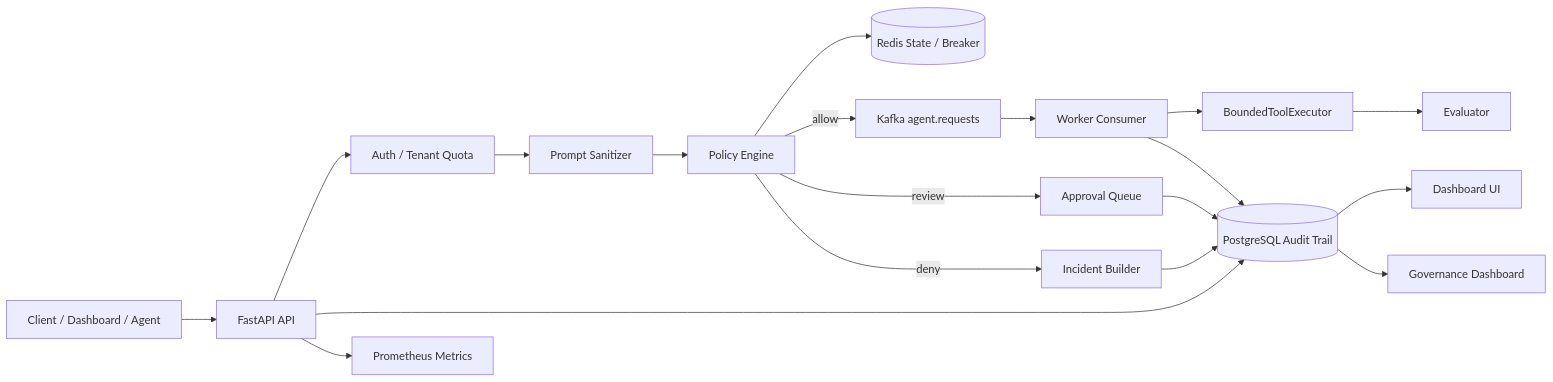
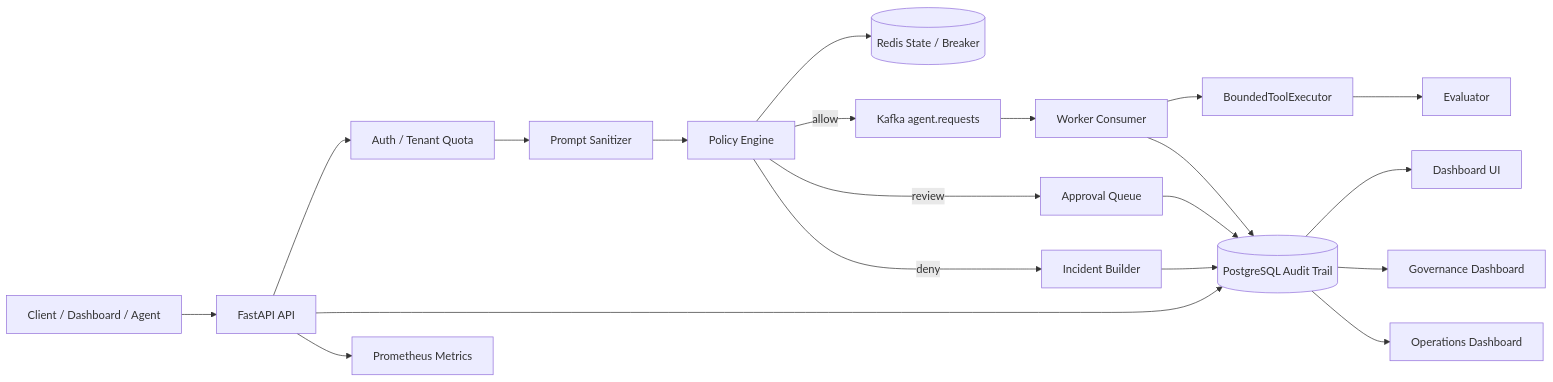
Before and after one commit to leo459028/RewardHacking: the first of 2 diagrams in docs/architecture.md, drawn with Mermaid. The commit also changed other lines of this file and 31 other files, not shown here.

````diff
--- a/docs/architecture.md
+++ b/docs/architecture.md
@@ -9,21 +9,22 @@
 ```mermaid
 flowchart LR
   C["Client / Dashboard / Agent"] --> A["FastAPI API"]
   A --> G["Auth / Tenant Quota"]
   G --> S["Prompt Sanitizer"]
   S --> P["Policy Engine"]
   P --> R[("Redis State / Breaker")]
   P -->|allow| K["Kafka agent.requests"]
   P -->|review| Q["Approval Queue"]
   P -->|deny| I["Incident Builder"]
   K --> W["Worker Consumer"]
   W --> X["BoundedToolExecutor"]
   X --> E["Evaluator"]
   A --> DB[("PostgreSQL Audit Trail")]
   W --> DB
   Q --> DB
   I --> DB
   DB --> UI["Dashboard UI"]
   DB --> GD["Governance Dashboard"]
+  DB --> OP["Operations Dashboard"]
   A --> M["Prometheus Metrics"]
 ```
````
